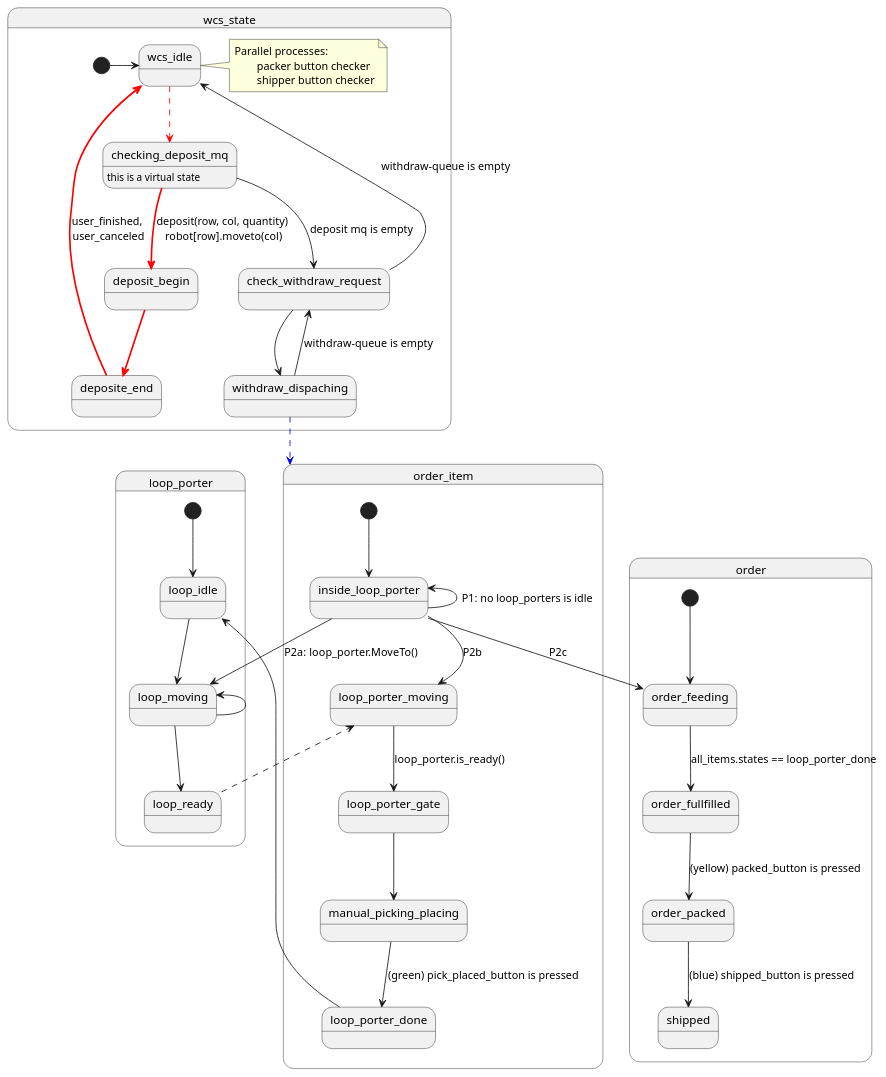
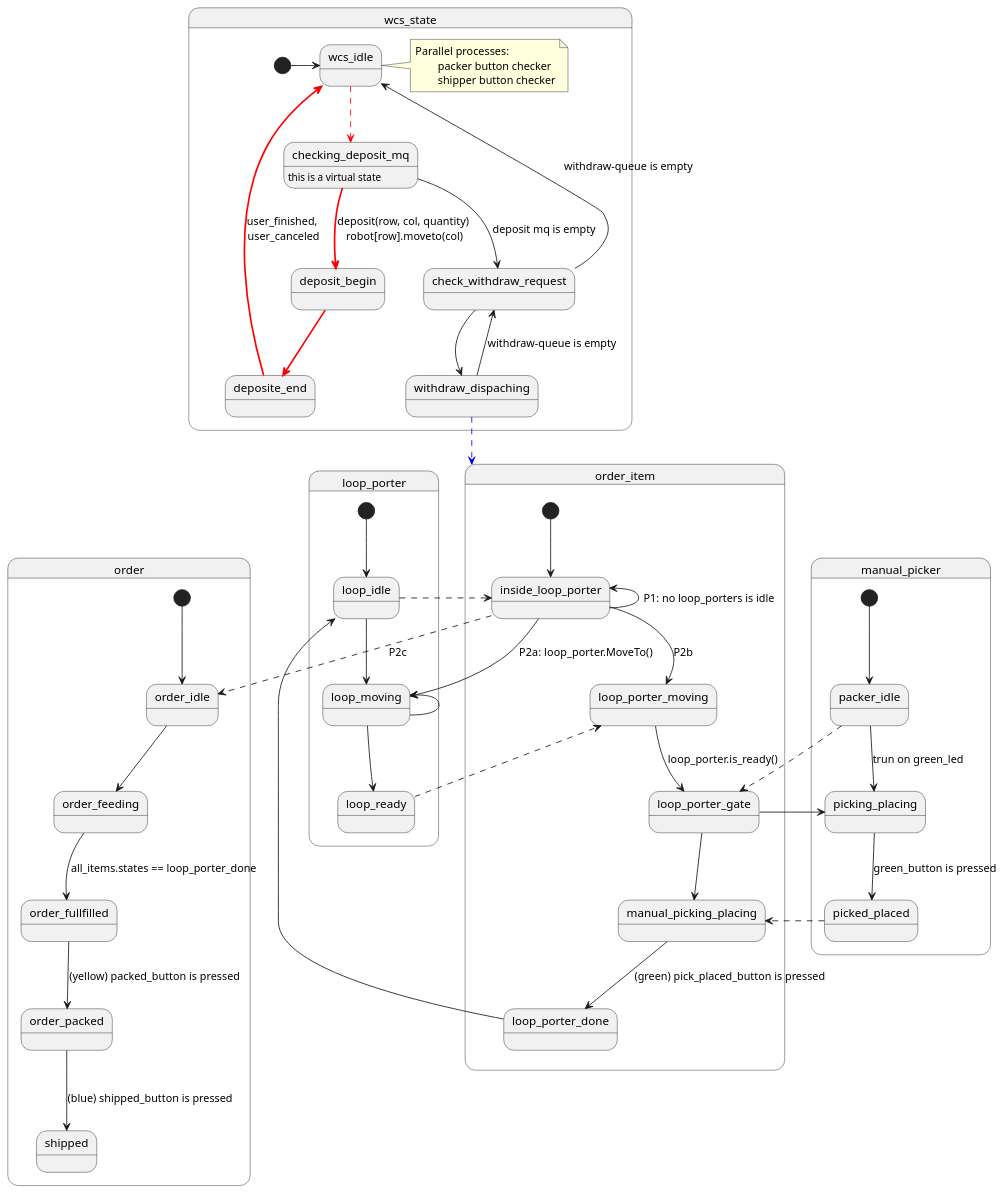
Before and after one commit to voicevon/gobot_front: the diagram in apps/port1234/twh_wcs/docs/wcs_looper_manual_packer_ver2.puml, drawn with PlantUML. The commit also changed 11 other files, not shown here.

```diff
--- a/apps/port1234/twh_wcs/docs/wcs_looper_manual_packer_ver2.puml
+++ b/apps/port1234/twh_wcs/docs/wcs_looper_manual_packer_ver2.puml
@@ -1,61 +1,75 @@
 @startuml
 
 
 
 state order_item{
 	[*] --> inside_loop_porter
 	inside_loop_porter <-- inside_loop_porter:  P1: no loop_porters is idle
 	inside_loop_porter --> loop_porter_moving: P2b
     loop_porter_moving --> loop_porter_gate: loop_porter.is_ready()
 	loop_porter_gate --> manual_picking_placing
     manual_picking_placing --> loop_porter_done: (green) pick_placed_button is pressed
 }
 
 state order{
-	[*] --> order_feeding
+	[*] --> order_idle
+	order_idle --> order_feeding
 	order_feeding --> order_fullfilled:  all_items.states == loop_porter_done
 	order_fullfilled --> order_packed: (yellow) packed_button is pressed
 	order_packed -->shipped:  (blue) shipped_button is pressed
 
 }
+inside_loop_porter -[dashed]->  order_idle: P2c
 
-inside_loop_porter -->  order_feeding: P2c
 state loop_porter {
 	[*] --> loop_idle 
 	loop_idle --> loop_moving
 	loop_moving <-- loop_moving
 	loop_moving --> loop_ready
 }
+loop_idle -[dashed]-> inside_loop_porter
 inside_loop_porter --> loop_moving: P2a: loop_porter.MoveTo()
 loop_ready -[dashed]-> loop_porter_moving
+
+
+state manual_picker{
+	[*] --> packer_idle
+	packer_idle --> picking_placing: trun on green_led
+	picking_placing --> picked_placed: green_button is pressed
+	
+}
+packer_idle -[dashed]-> loop_porter_gate
+loop_porter_gate --> picking_placing
+picked_placed -[dashed]-> manual_picking_placing
+
 
 state wcs_state{
 	[*] -> wcs_idle
 	wcs_idle-[#red,dashed]-> checking_deposit_mq
 	checking_deposit_mq -[#red,bold]-> deposit_begin: deposit(row, col, quantity) \nrobot[row].moveto(col)
 	deposit_begin -[#red,bold]-> deposite_end
 	deposite_end -[#red,bold]->wcs_idle: user_finished, \nuser_canceled
 	checking_deposit_mq: this is a virtual state
 
 	checking_deposit_mq --> check_withdraw_request: deposit mq is empty
 	check_withdraw_request --> wcs_idle:  withdraw-queue is empty
 	check_withdraw_request --> withdraw_dispaching
 	withdraw_dispaching --> check_withdraw_request: withdraw-queue is empty
 
 	note right of wcs_idle
 	Parallel processes:
 		packer button checker
 		shipper button checker
 	end note
 }
 
 withdraw_dispaching -[#blue,dashed]-> order_item 
 
 
 
 loop_porter_done --> loop_idle
 
 
 
 
 @enduml
```
